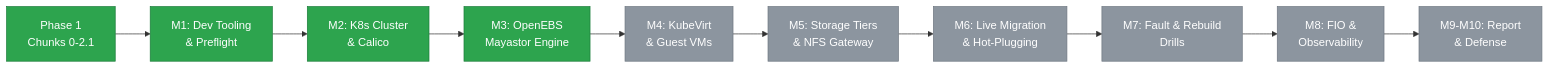
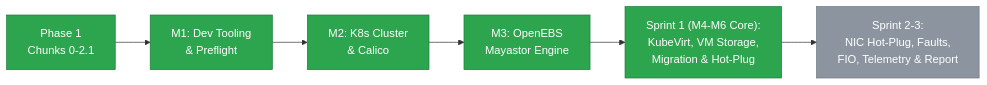
Before and after one commit to Swapnil220705/k8s-high-performance-storage: the second of 2 diagrams in README.md, drawn with Mermaid. The commit also changed other lines of this file and 8 other files, not shown here.

Commit message:
docs(sprint1): add KubeVirt, VM storage, migration, and hotplug guides and sync project state

````diff
--- a/README.md
+++ b/README.md
@@ -246,18 +250,14 @@
 ```mermaid
 flowchart LR
     P1["Phase 1<br/>Chunks 0-2.1"] --> M1["M1: Dev Tooling<br/>& Preflight"]
     M1 --> M2["M2: K8s Cluster<br/>& Calico"]
     M2 --> M3["M3: OpenEBS<br/>Mayastor Engine"]
-    M3 --> M4["M4: KubeVirt<br/>& Guest VMs"]
-    M4 --> M5["M5: Storage Tiers<br/>& NFS Gateway"]
-    M5 --> M6["M6: Live Migration<br/>& Hot-Plugging"]
-    M6 --> M7["M7: Fault & Rebuild<br/>Drills"]
-    M7 --> M8["M8: FIO &<br/>Observability"]
-    M8 --> M9["M9-M10: Report<br/>& Defense"]
+    M3 --> M4["Sprint 1 (M4-M6 Core):<br/>KubeVirt, VM Storage,<br/>Migration & Hot-Plug"]
+    M4 --> M7["Sprint 2-3:<br/>NIC Hot-Plug, Faults,<br/>FIO, Telemetry & Report"]
 
     classDef done fill:#2da44e,stroke:#1b7c3a,color:#fff;
     classDef pending fill:#8c959f,stroke:#6e7781,color:#fff;
 
-    class P1,M1,M2,M3 done;
-    class M4,M5,M6,M7,M8,M9 pending;
+    class P1,M1,M2,M3,M4 done;
+    class M7 pending;
 ```
````
